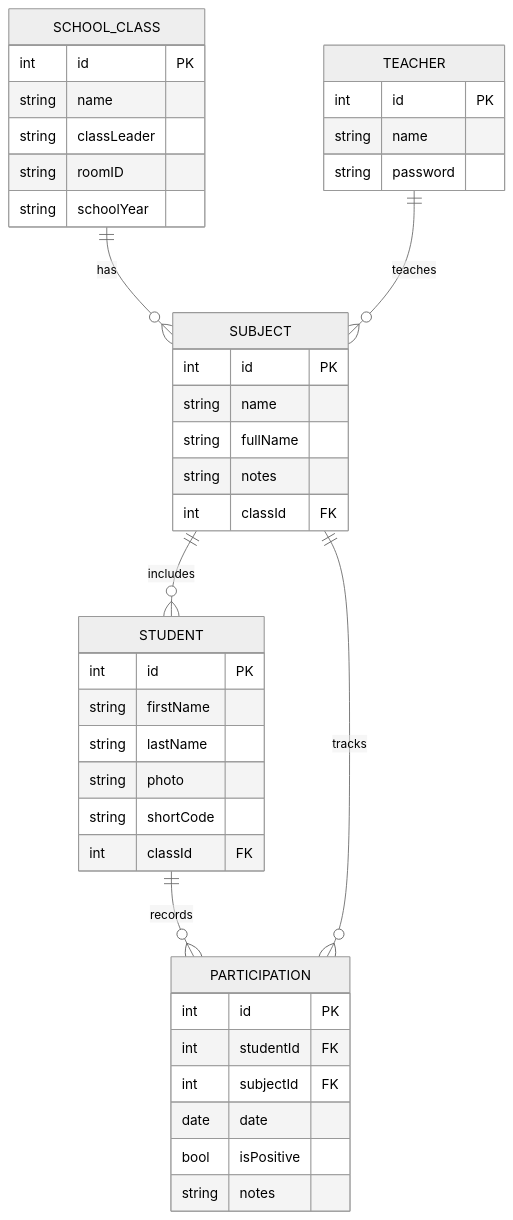
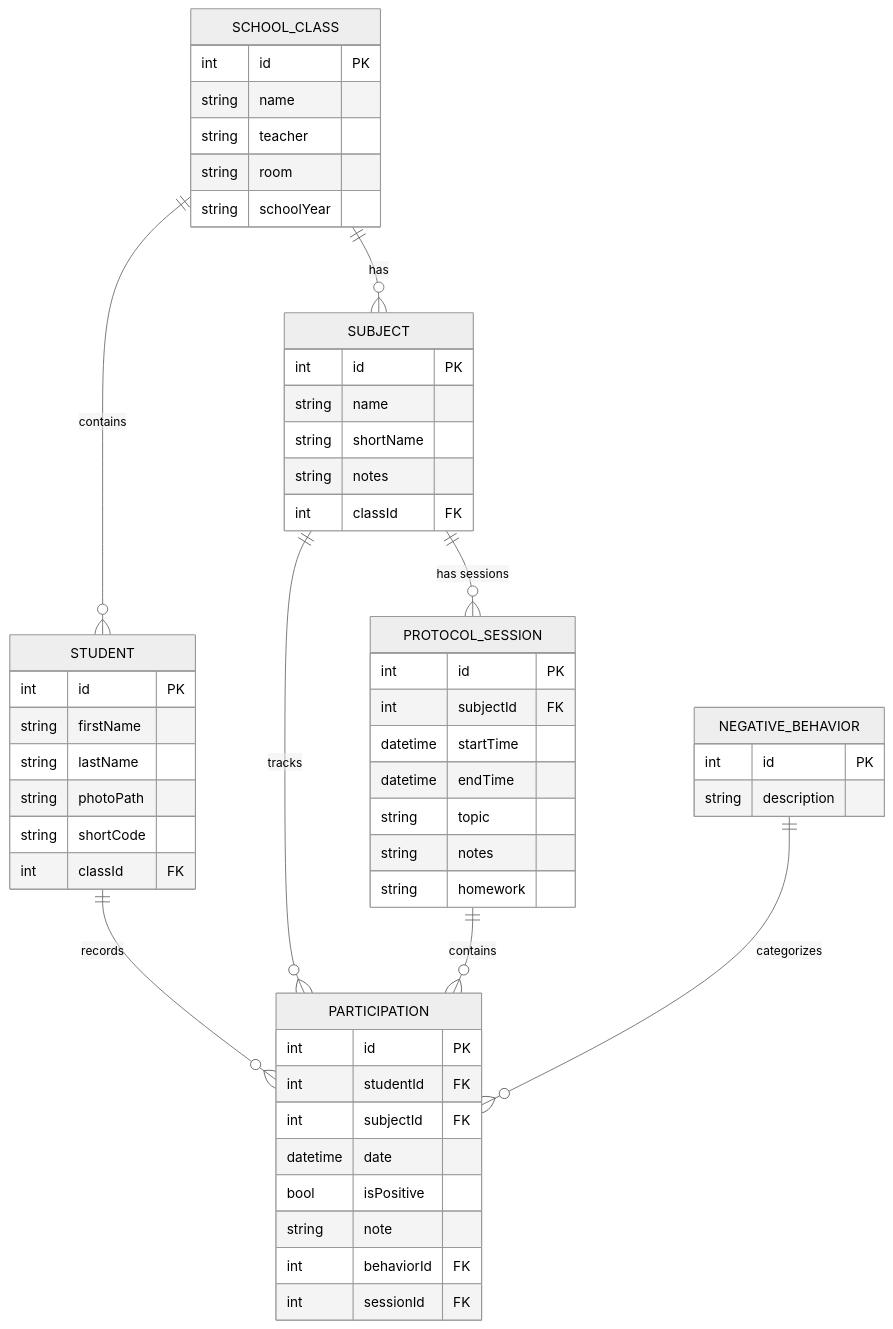
The diagram in README.md (ukondert/student-participation-app), drawn with Mermaid (neutral theme) before and after one commit.

Commit message:
docs: Update database model diagram with PROTOCOL_SESSION entity
- Add PROTOCOL_SESSION entity to ER diagram
- Include relationships between PROTOCOL_SESSION and SUBJECT
- Include relationships between PROTOCOL_SESSION and PARTICIPATION
- Update diagram to reflect current domain model state

````diff
--- a/README.md
+++ b/README.md
@@ -77,48 +77,61 @@
 ```mermaid
 erDiagram
     SCHOOL_CLASS {
         int id PK
         string name
-        string classLeader
-        string roomID
+        string teacher
+        string room
         string schoolYear
     }
 
     SUBJECT {
         int id PK
         string name
-        string fullName
+        string shortName
         string notes
         int classId FK
     }
 
     STUDENT {
         int id PK
         string firstName
         string lastName
-        string photo
+        string photoPath
         string shortCode
         int classId FK
     }
 
-    TEACHER {
+    NEGATIVE_BEHAVIOR {
         int id PK
-        string name
-        string password
+        string description
+    }
+
+    PROTOCOL_SESSION {
+        int id PK
+        int subjectId FK
+        datetime startTime
+        datetime endTime
+        string topic
+        string notes
+        string homework
     }
 
     PARTICIPATION {
         int id PK
         int studentId FK
         int subjectId FK
-        date date
+        datetime date
         bool isPositive
-        string notes
+        string note
+        int behaviorId FK
+        int sessionId FK
     }
 
-    SCHOOL_CLASS ||--o{ SUBJECT : has
-    SUBJECT ||--o{ STUDENT : includes
-    TEACHER ||--o{ SUBJECT : teaches
-    STUDENT ||--o{ PARTICIPATION : records
-    SUBJECT ||--o{ PARTICIPATION : tracks
+    SCHOOL_CLASS ||--o{ SUBJECT : "has"
+    SCHOOL_CLASS ||--o{ STUDENT : "contains"
+    STUDENT ||--o{ PARTICIPATION : "records"
+    SUBJECT ||--o{ PARTICIPATION : "tracks"
+    SUBJECT ||--o{ PROTOCOL_SESSION : "has sessions"
+    PROTOCOL_SESSION ||--o{ PARTICIPATION : "contains"
+    NEGATIVE_BEHAVIOR ||--o{ PARTICIPATION : "categorizes"
 ```
````
